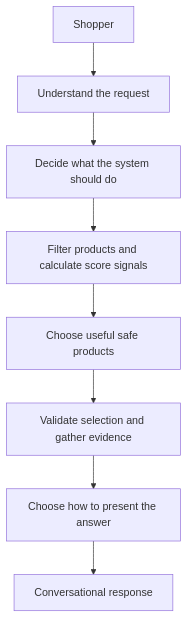
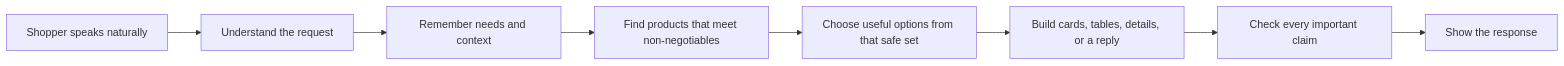
Before and after one commit to joelliptondesign/Grounded-Shopping-AI: the diagram in docs/ARCHITECTURE.md, drawn with Mermaid. The commit also changed other lines of this file and 21 other files, not shown here.

````diff
--- a/docs/ARCHITECTURE.md
+++ b/docs/ARCHITECTURE.md
@@ -13,10 +20,10 @@
 ```mermaid
-flowchart TD
-    A[Shopper] --> B[Understand the request]
-    B --> C[Decide what the system should do]
-    C --> D[Filter products and calculate score signals]
-    D --> D1[Choose useful safe products]
-    D1 --> E[Validate selection and gather evidence]
-    E --> F[Choose how to present the answer]
-    F --> G[Conversational response]
+flowchart LR
+    A[Shopper speaks naturally] --> B[Understand the request]
+    B --> C[Remember needs and context]
+    C --> D[Find products that meet non-negotiables]
+    D --> E[Choose useful options from that safe set]
+    E --> F[Build cards, tables, details, or a reply]
+    F --> G[Check every important claim]
+    G --> H[Show the response]
 ```
````
